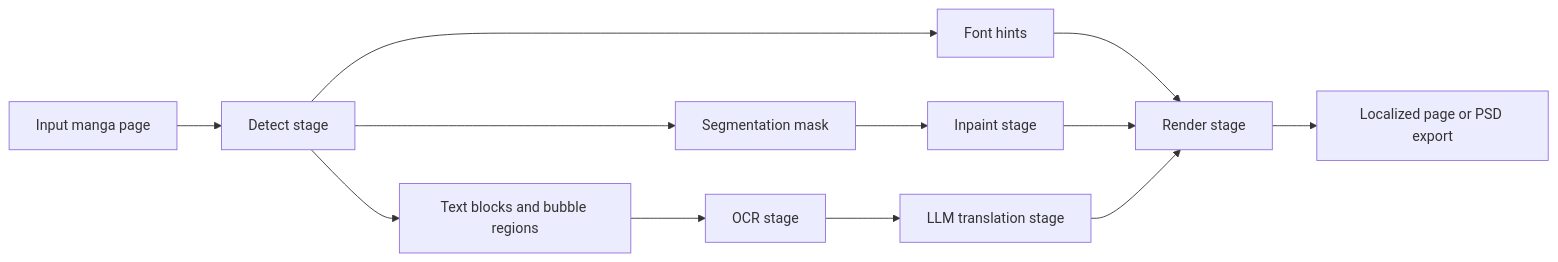
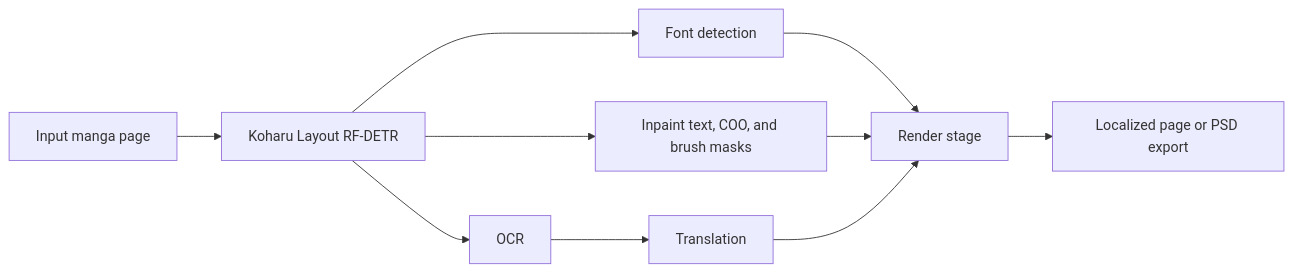
One commit to Endymi0n74/Koharu changed the diagram in docs/en-US/explanation/how-koharu-works.md. Above: the diagram before and after it, drawn with Mermaid. The commit also changed other lines of this file and 1310 other files, not shown here.

Commit message:
refactor: rebuild Koharu application and ML architecture

````diff
--- a/docs/en-US/explanation/how-koharu-works.md
+++ b/docs/en-US/explanation/how-koharu-works.md
@@ -11,14 +11,12 @@
 ```mermaid
 flowchart LR
-    A[Input manga page] --> B[Detect stage]
-    B --> B1[Text blocks and bubble regions]
-    B --> B2[Segmentation mask]
-    B --> B3[Font hints]
-    B1 --> C[OCR stage]
-    B2 --> D[Inpaint stage]
-    C --> E[LLM translation stage]
-    B3 --> F
+    A[Input manga page] --> B[Koharu Layout RF-DETR]
+    B --> C[OCR]
+    B --> D[Inpaint text, COO, and brush masks]
+    B --> T[Font detection]
+    C --> E[Translation]
+    T --> F
     D --> F[Render stage]
     E --> F
     F --> G[Localized page or PSD export]
 ```
````
